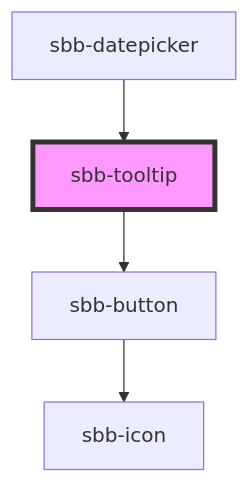
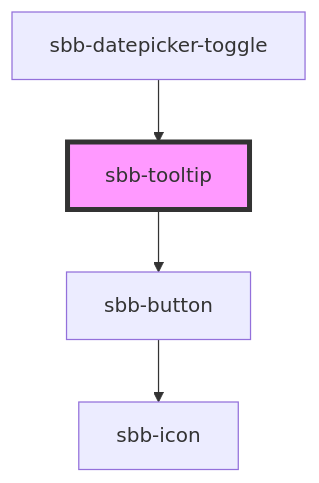
The diagram in src/components/sbb-tooltip/readme.md (liviakuenzli/lyne-components), drawn with Mermaid before and after one commit. The commit also changed other lines of this file and 10 other files, not shown here.

````diff
--- a/src/components/sbb-tooltip/readme.md
+++ b/src/components/sbb-tooltip/readme.md
@@ -146,7 +146,7 @@
 ```mermaid
 graph TD;
   sbb-tooltip --> sbb-button
   sbb-button --> sbb-icon
-  sbb-datepicker --> sbb-tooltip
+  sbb-datepicker-toggle --> sbb-tooltip
   style sbb-tooltip fill:#f9f,stroke:#333,stroke-width:4px
 ```
````
